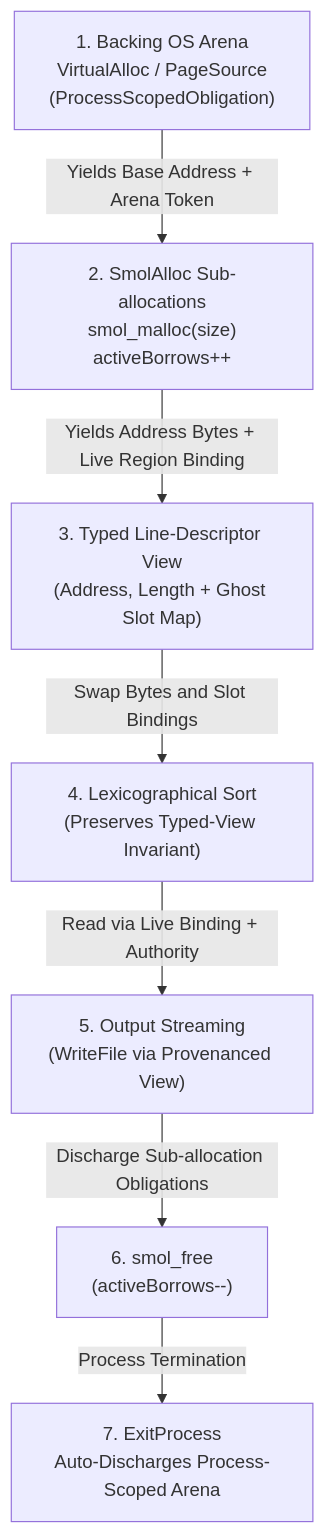
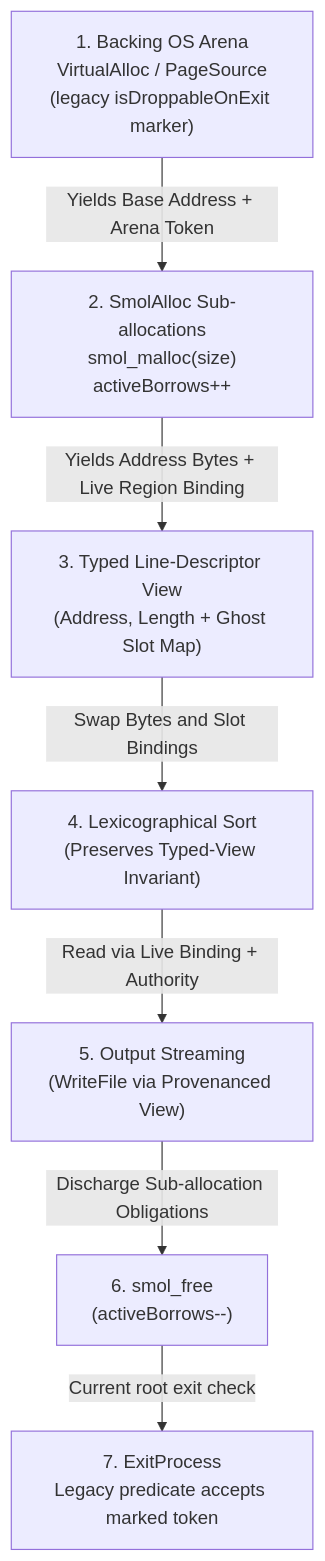
The diagram in docs/MEMORY_PROVENANCE.md (ctiller/gasm), drawn with Mermaid before and after one commit. The commit also changed other lines of this file and 34 other files, not shown here.

````diff
--- a/docs/MEMORY_PROVENANCE.md
+++ b/docs/MEMORY_PROVENANCE.md
@@ -20,9 +20,9 @@
 ```mermaid
 graph TD
-    Alloc["1. Backing OS Arena<br/>VirtualAlloc / PageSource<br/>(ProcessScopedObligation)"] -->|Yields Base Address + Arena Token| Smol["2. SmolAlloc Sub-allocations<br/>smol_malloc(size)<br/>activeBorrows++"]
+    Alloc["1. Backing OS Arena<br/>VirtualAlloc / PageSource<br/>(legacy isDroppableOnExit marker)"] -->|Yields Base Address + Arena Token| Smol["2. SmolAlloc Sub-allocations<br/>smol_malloc(size)<br/>activeBorrows++"]
     Smol -->|Yields Address Bytes + Live Region Binding| Line["3. Typed Line-Descriptor View<br/>(Address, Length + Ghost Slot Map)"]
     Line -->|Swap Bytes and Slot Bindings| Sort["4. Lexicographical Sort<br/>(Preserves Typed-View Invariant)"]
     Sort -->|Read via Live Binding + Authority| Stream["5. Output Streaming<br/>(WriteFile via Provenanced View)"]
     Stream -->|Discharge Sub-allocation Obligations| Free["6. smol_free<br/>(activeBorrows--)"]
-    Free -->|Process Termination| Exit["7. ExitProcess<br/>Auto-Discharges Process-Scoped Arena"]
+    Free -->|Current root exit check| Exit["7. ExitProcess<br/>Legacy predicate accepts marked token"]
 ```
````
